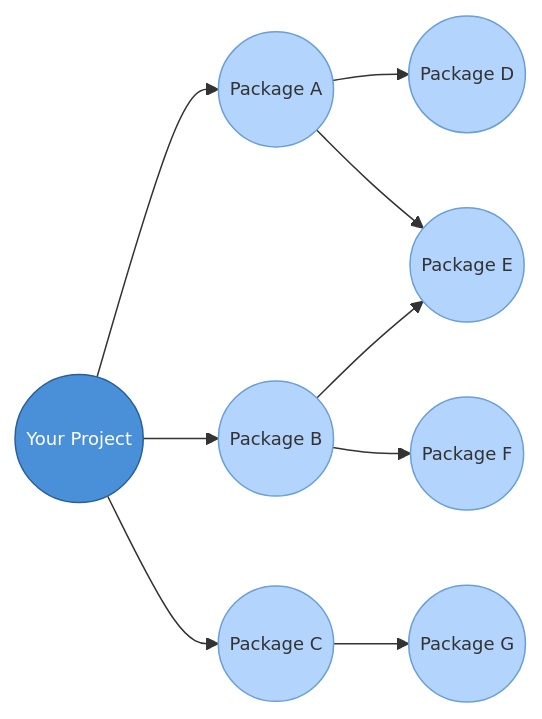
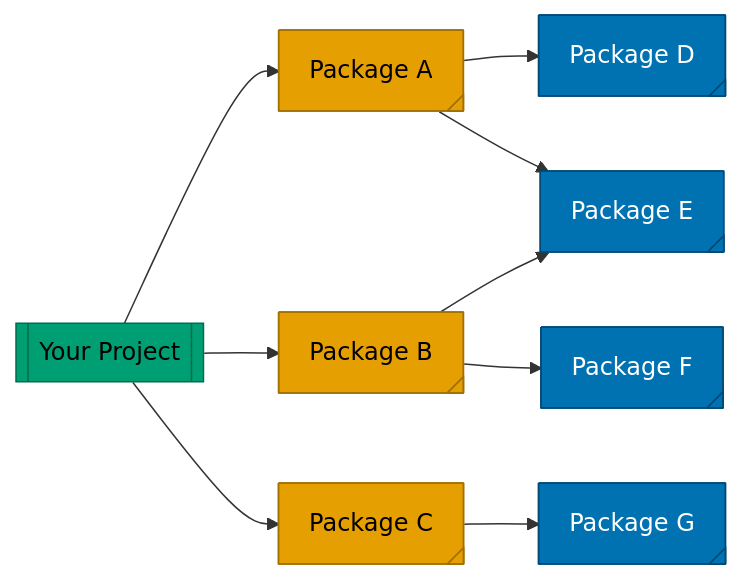
One commit to OxfordRSE/training-course-slides changed the second of 2 diagrams in courses/packaging_dependency/main.md. Above: the diagram before and after it, drawn with Mermaid. The commit also changed other lines of this file, not shown here.

Commit message:
Update colour and node shape for package dependencies

````diff
--- a/courses/packaging_dependency/main.md
+++ b/courses/packaging_dependency/main.md
@@ -169,22 +169,33 @@
 ```mermaid
 ---
 config:
   theme: default
   themeVariables:
-    fontSize: 12px
+    fontSize: 16px
 ---
 graph LR
-    A((Your Project)) --> B((Package A))
-    A --> C((Package B))
-    A --> D((Package C))
-    B --> E((Package D))
-    B --> F((Package E))
+    A[["Your Project"]]
+    B@{ shape: "tag-rect", label: "Package A" }
+    C@{ shape: "tag-rect", label: "Package B" }
+    D@{ shape: "tag-rect", label: "Package C" }
+    E@{ shape: "tag-rect", label: "Package D" }
+    F@{ shape: "tag-rect", label: "Package E" }
+    G@{ shape: "tag-rect", label: "Package F" }
+    H@{ shape: "tag-rect", label: "Package G" }
+
+    A --> B
+    A --> C
+    A --> D
+    B --> E
+    B --> F
     C --> F
-    C --> G((Package F))
-    D --> H((Package G))
+    C --> G
+    D --> H
 
-    classDef proj fill:#4a90d9,stroke:#2a6099,color:#fff
-    classDef dep fill:#b3d4fc,stroke:#6a9fd8,color:#333
+    classDef proj fill:#009E73,stroke:#006B4F,color:#000
+    classDef direct fill:#E69F00,stroke:#A07000,color:#000
+    classDef transitive fill:#0072B2,stroke:#004A75,color:#fff
     class A proj
-    class B,C,D,E,F,G,H dep
+    class B,C,D direct
+    class E,F,G,H transitive
 ```
````
